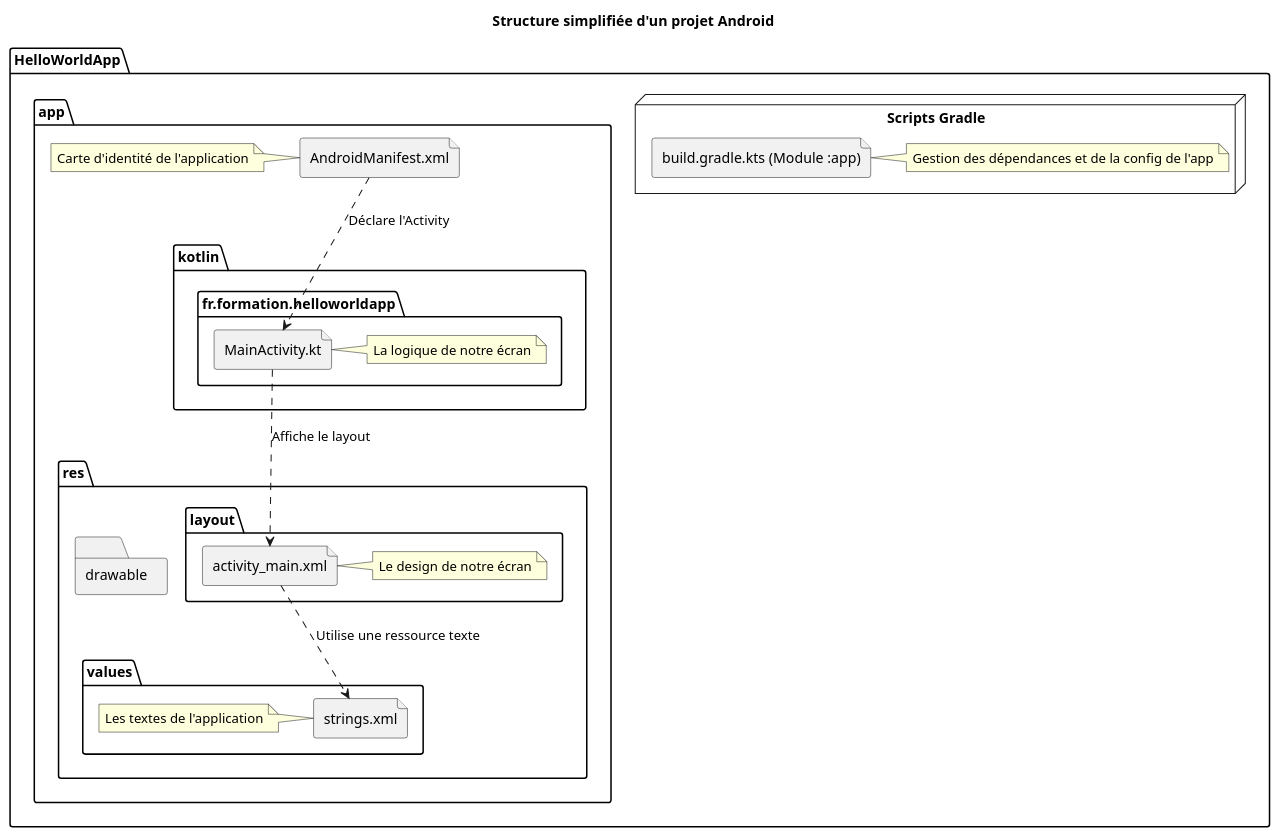
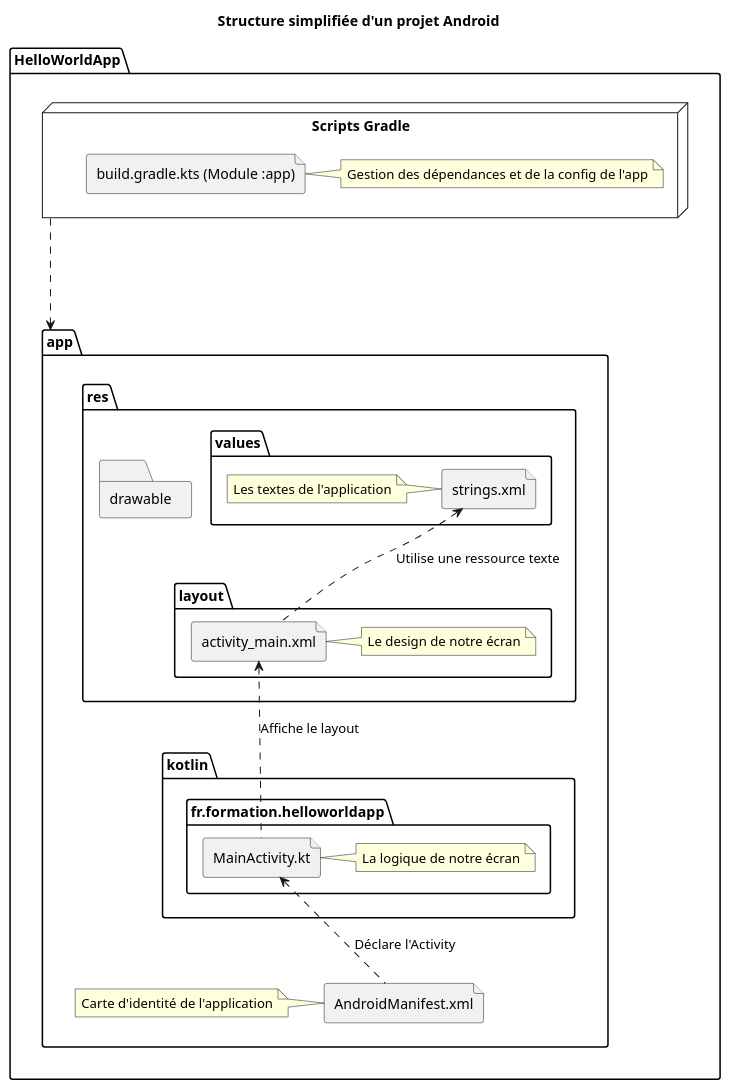
One commit to smaloron/support-de-cours-android changed the first of 2 diagrams in Writerside/topics/001-02-module-02.md. Above: the diagram before and after it, drawn with PlantUML. The commit also changed 30 other files, not shown here.

````diff
--- a/Writerside/topics/001-02-module-02.md
+++ b/Writerside/topics/001-02-module-02.md
@@ -83,40 +83,41 @@
 ```plantuml
 @startuml
 title Structure simplifiée d'un projet Android
 
 package "HelloWorldApp" {
   node "Scripts Gradle" as Gradle {
     file "build.gradle.kts (Module :app)" as AppGradle
     note right: Gestion des dépendances et de la config de l'app
   }
 
   package "app" {
     file "AndroidManifest.xml" as Manifest
     note left: Carte d'identité de l'application
 
     folder "kotlin" {
       folder "fr.formation.helloworldapp" {
         file "MainActivity.kt" as Code
         note right: La logique de notre écran
       }
     }
 
     folder "res" {
       folder "drawable"
       folder "layout" {
         file "activity_main.xml" as Layout
         note right: Le design de notre écran
       }
       folder "values" {
         file "strings.xml" as Strings
         note left: Les textes de l'application
       }
     }
   }
 
-  Manifest ..> Code : Déclare l'Activity
-  Code ..> Layout : Affiche le layout
-  Layout ..> Strings : Utilise une ressource texte
+  Manifest .u.> Code : Déclare l'Activity
+  Code .u.> Layout : Affiche le layout
+  Layout .u.> Strings : Utilise une ressource texte
+  "app" <..u. Gradle
 }
 @enduml
 ```
````
